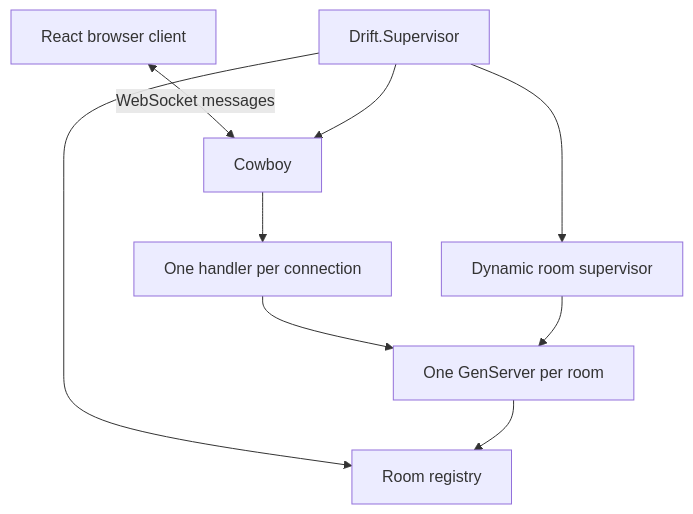
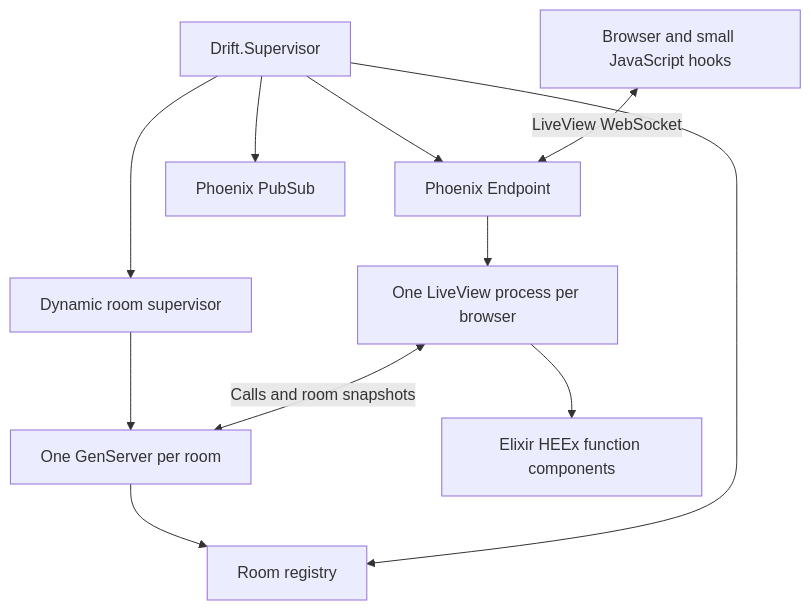
The diagram in docs/architecture.md (arnavsx3/Drift), drawn with Mermaid before and after one commit. The commit also changed other lines of this file and 7 other files, not shown here.

Commit message:
docs: explain Drift's Elixir-first LiveView architecture

````diff
--- a/docs/architecture.md
+++ b/docs/architecture.md
@@ -5,11 +5,13 @@
 ```mermaid
 flowchart TD
-    Browser[React browser client] <-->|WebSocket messages| Cowboy[Cowboy]
-    Cowboy --> Socket[One handler per connection]
-    Socket --> Room[One GenServer per room]
+    Browser[Browser and small JavaScript hooks] <-->|LiveView WebSocket| Endpoint[Phoenix Endpoint]
+    Endpoint --> LiveView[One LiveView process per browser]
+    LiveView <-->|Calls and room snapshots| Room[One GenServer per room]
+    LiveView --> Components[Elixir HEEx function components]
     Supervisor[Drift.Supervisor] --> Registry[Room registry]
     Supervisor --> Dynamic[Dynamic room supervisor]
-    Supervisor --> Cowboy
+    Supervisor --> PubSub[Phoenix PubSub]
+    Supervisor --> Endpoint
     Dynamic --> Room
     Room --> Registry
 ```
````
